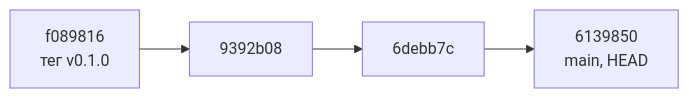
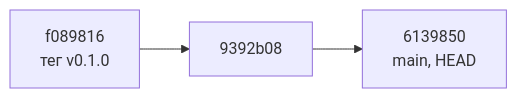
Before and after one commit to distinguished-sre/learning: the fourth of 7 diagrams in devops/03-git-ci/05-release-flow.md, drawn with Mermaid. The commit also changed other lines of this file and 462 other files, not shown here.

````diff
--- a/devops/03-git-ci/05-release-flow.md
+++ b/devops/03-git-ci/05-release-flow.md
@@ -354,4 +338,4 @@
 ```mermaid
 flowchart LR
-    a["f089816<br>тег v0.1.0"] --> b["9392b08"] --> c["6debb7c"] --> d["6139850<br>main, HEAD"]
+    a["f089816<br>тег v0.1.0"] --> b["9392b08"] --> d["6139850<br>main, HEAD"]
 ```
````
